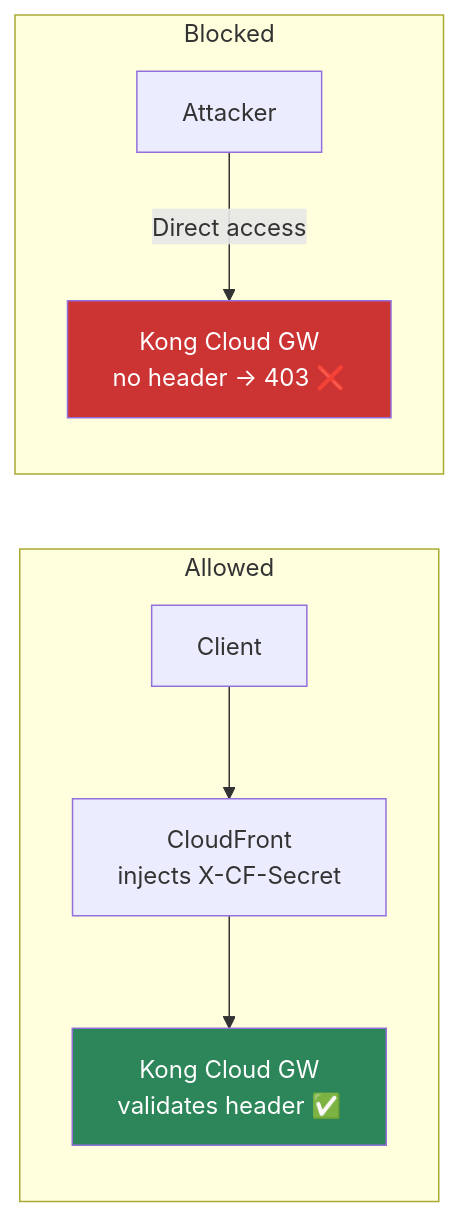
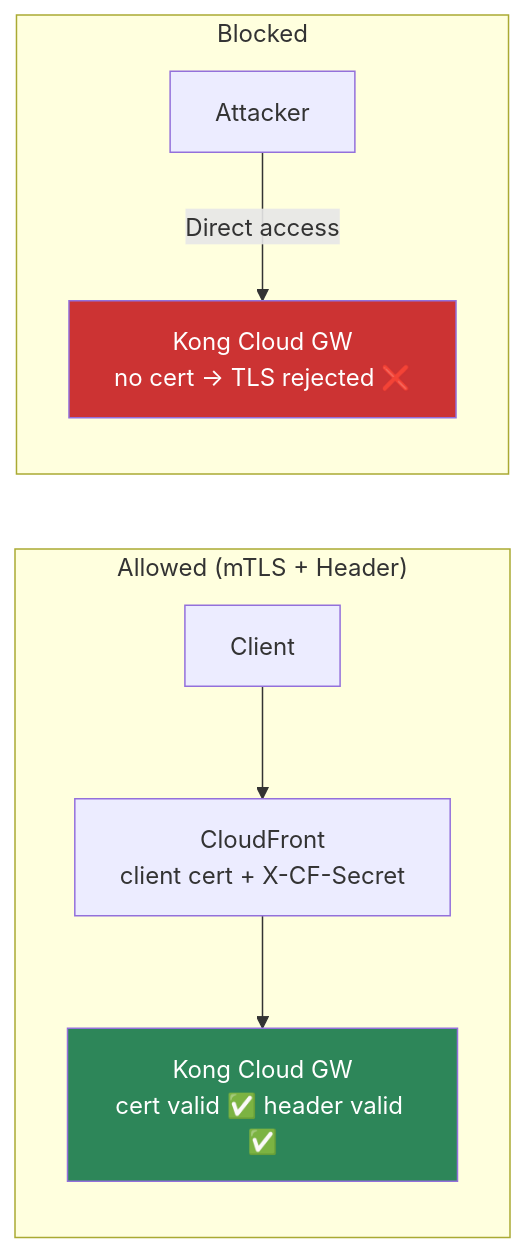
One commit to shanaka-versent/Kong-Konnect-Cloud-Gateway-on-EKS changed the fourth of 5 diagrams in README.md. Above: the diagram before and after it, drawn with Mermaid. The commit also changed other lines of this file and 6 other files, not shown here.

First line of the commit message:
Add origin mTLS support for CloudFront bypass prevention

````diff
--- a/README.md
+++ b/README.md
@@ -129,13 +129,13 @@
 ```mermaid
 graph LR
-    subgraph "Allowed"
-        A1[Client] --> A2[CloudFront<br/>injects X-CF-Secret] --> A3[Kong Cloud GW<br/>validates header ✅]
+    subgraph "Allowed (mTLS + Header)"
+        A1[Client] --> A2[CloudFront<br/>client cert + X-CF-Secret] --> A3[Kong Cloud GW<br/>cert valid ✅ header valid ✅]
     end
 
     subgraph "Blocked"
-        B1[Attacker] -->|Direct access| B3[Kong Cloud GW<br/>no header → 403 ❌]
+        B1[Attacker] -->|Direct access| B3[Kong Cloud GW<br/>no cert → TLS rejected ❌]
     end
 
     style A3 fill:#2d8659,color:#fff
     style B3 fill:#cc3333,color:#fff
 ```
````
